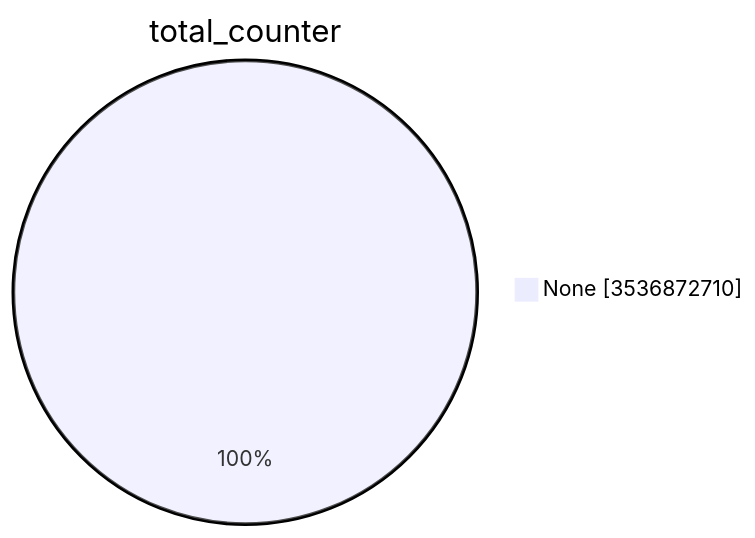
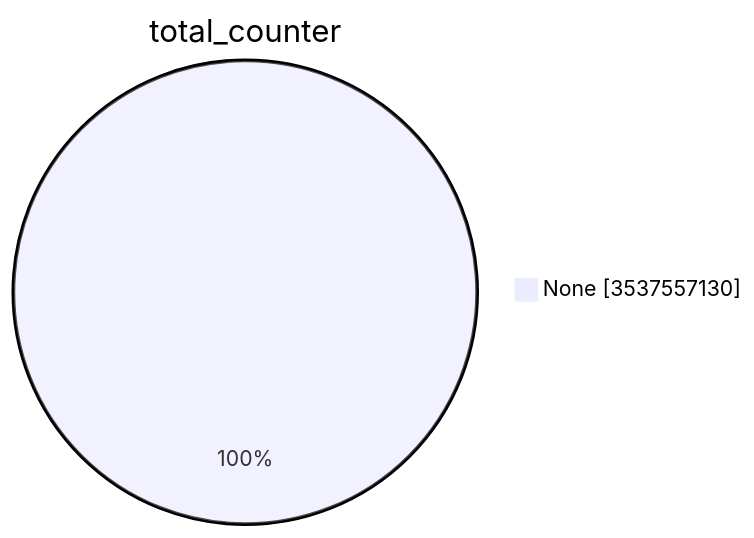
One commit to christiankrug/ctmonitor_visualization changed the first of 15 diagrams in TOTAL/README.md. Above: the diagram before and after it, drawn with Mermaid. The commit also changed other lines of this file, not shown here.

````diff
--- a/TOTAL/README.md
+++ b/TOTAL/README.md
@@ -1,5 +1,5 @@
 ```mermaid
 pie showData
 title total_counter
-"None" :3536872710
+"None" :3537557130
 ```
````
